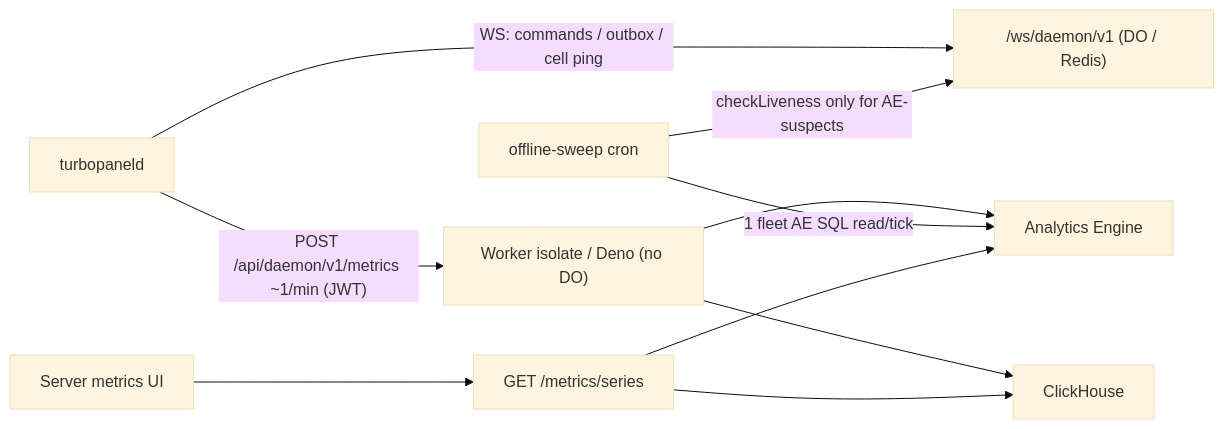
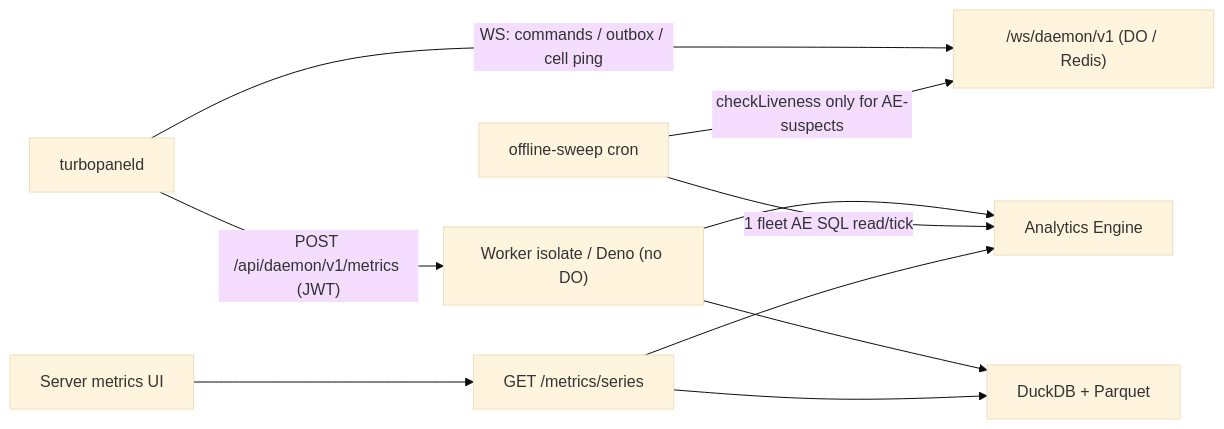
The diagram in docs/architecture/server-metrics.mdx (TurboPanel/website), drawn with Mermaid (base theme) before and after one commit. The commit also changed other lines of this file and 9 other files, not shown here.

First line of the commit message:
docs: update server metrics documentation to reflect DuckDB integration

````diff
--- a/docs/architecture/server-metrics.mdx
+++ b/docs/architecture/server-metrics.mdx
@@ -26,12 +26,12 @@
 ```mermaid
 graph LR
     Daemon["turbopaneld"] -->|"WS: commands / outbox / cell ping"| WS["/ws/daemon/v1 (DO / Redis)"]
-    Daemon -->|"POST /api/daemon/v1/metrics ~1/min (JWT)"| HTTP["Worker isolate / Deno (no DO)"]
+    Daemon -->|"POST /api/daemon/v1/metrics (JWT)"| HTTP["Worker isolate / Deno (no DO)"]
     HTTP --> AE["Analytics Engine"]
-    HTTP --> CH["ClickHouse"]
+    HTTP --> DuckDB["DuckDB + Parquet"]
     Cron["offline-sweep cron"] -->|"1 fleet AE SQL read/tick"| AE
     Cron -->|"checkLiveness only for AE-suspects"| WS
     API["GET /metrics/series"] --> AE
-    API --> CH
+    API --> DuckDB
     UI["Server metrics UI"] --> API
 ```
````
